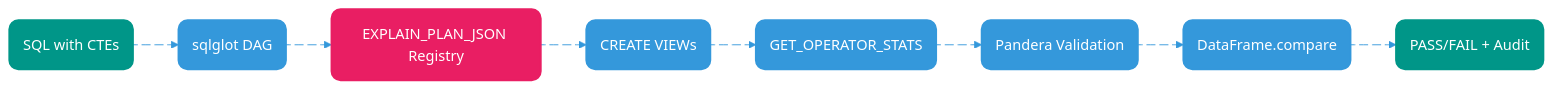
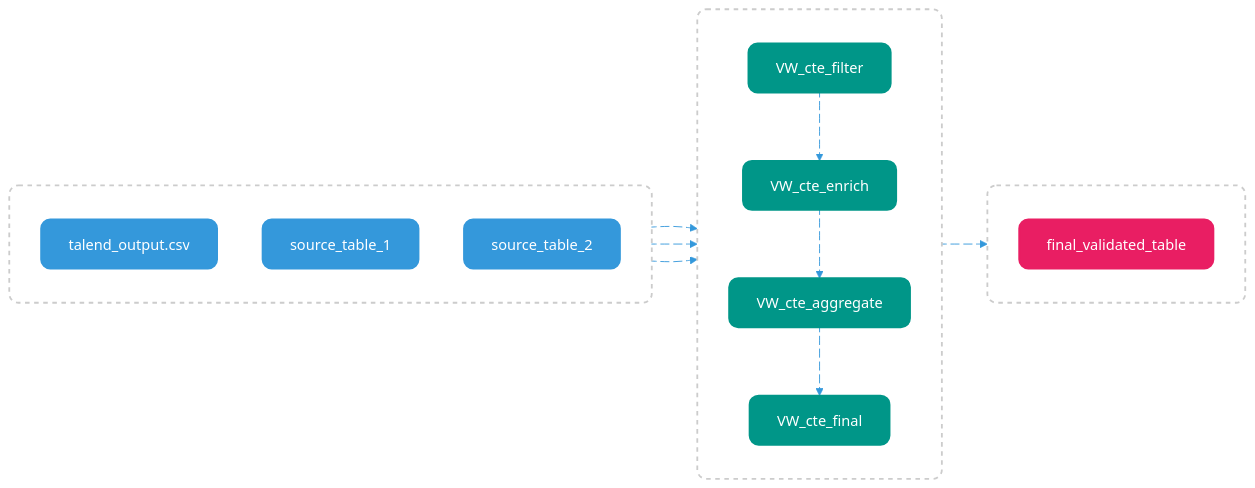
Before and after one commit to danielnmuner/danielnmuner.github.io: the second of 2 diagrams in src/documents/black-box-intermediate-models.md, drawn with Mermaid. The commit also changed other lines of this file, not shown here.

Commit message:
docs: add detailed architecture diagrams for Airflow orchestration and medallion data flow

````diff
--- a/src/documents/black-box-intermediate-models.md
+++ b/src/documents/black-box-intermediate-models.md
@@ -16,36 +95,49 @@
 ```mermaid
 %%{init: {'theme':'base', 'themeVariables': {'primaryColor':'#3498db','primaryTextColor':'#ffffff','primaryBorderColor':'#3498db','lineColor':'#3498db','secondaryColor':'#3498db','tertiaryColor':'#3498db','background':'#ffffff','mainBkg':'#ffffff','secondBkg':'#ffffff','tertiaryBkg':'#ffffff'}}}%%
 flowchart LR
-    INPUT("SQL with CTEs")
-    P1("sqlglot DAG")
-    P1B("EXPLAIN_PLAN_JSON Registry")
-    P2("CREATE VIEWs")
-    P3("GET_OPERATOR_STATS")
-    P4("Pandera Validation")
-    P5("DataFrame.compare")
-    OUTPUT("PASS/FAIL + Audit")
+    subgraph LANDING[" "]
+        direction TB
+        L1["talend_output.csv"]
+        L2["source_table_1"]
+        L3["source_table_2"]
+    end
     
-    INPUT e1@--> P1
-    P1 e2@--> P1B
-    P1B e3@--> P2
-    P2 e4@--> P3
-    P3 e5@--> P4
-    P4 e6@--> P5
-    P5 e7@--> OUTPUT
+    subgraph INT_VAL[" "]
+        direction TB
+        I1["VW_cte_filter"]
+        I2["VW_cte_enrich"]
+        I3["VW_cte_aggregate"]
+        I4["VW_cte_final"]
+    end
+    
+    subgraph DWH_LAYER[" "]
+        direction TB
+        D1["final_validated_table"]
+    end
+    
+    L1 e1@--> I1
+    L2 e2@--> I1
+    L3 e3@--> I1
+    I1 e4@--> I2
+    I2 e5@--> I3
+    I3 e6@--> I4
+    I4 e7@--> D1
 
-    classDef flowStyle fill:#3498db,stroke:#3498db,stroke-width:2px,color:#ffffff,rx:10,ry:10
-    classDef ioStyle fill:#009688,stroke:#009688,stroke-width:2px,color:#ffffff,rx:10,ry:10
-    classDef registryStyle fill:#e91e63,stroke:#e91e63,stroke-width:2px,color:#ffffff,rx:10,ry:10
+    classDef landingStyle fill:#3498db,stroke:#3498db,stroke-width:2px,color:#ffffff,rx:10,ry:10
+    classDef intStyle fill:#009688,stroke:#009688,stroke-width:2px,color:#ffffff,rx:10,ry:10
+    classDef dwhStyle fill:#e91e63,stroke:#e91e63,stroke-width:2px,color:#ffffff,rx:10,ry:10
+    classDef groupStyle fill:none,stroke:#cccccc,stroke-width:2px,stroke-dasharray: 5 5,rx:10,ry:10
     
-    class P1,P2,P3,P4,P5 flowStyle
-    class INPUT,OUTPUT ioStyle
-    class P1B registryStyle
+    class L1,L2,L3 landingStyle
+    class I1,I2,I3,I4 intStyle
+    class D1 dwhStyle
+    class LANDING,INT_VAL,DWH_LAYER groupStyle
     
     e1@{ animate: true }
     e2@{ animate: true }
     e3@{ animate: true }
     e4@{ animate: true }
     e5@{ animate: true }
     e6@{ animate: true }
     e7@{ animate: true }
 ```
````
